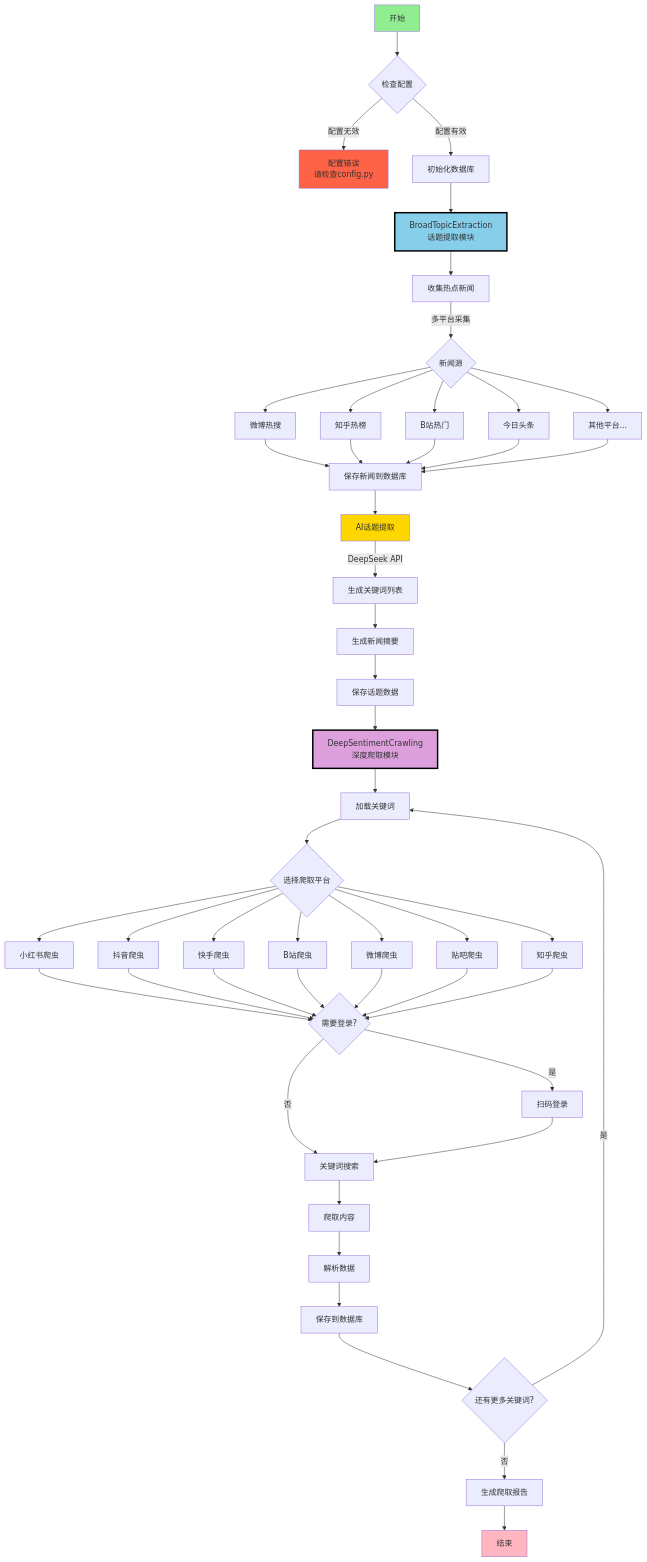
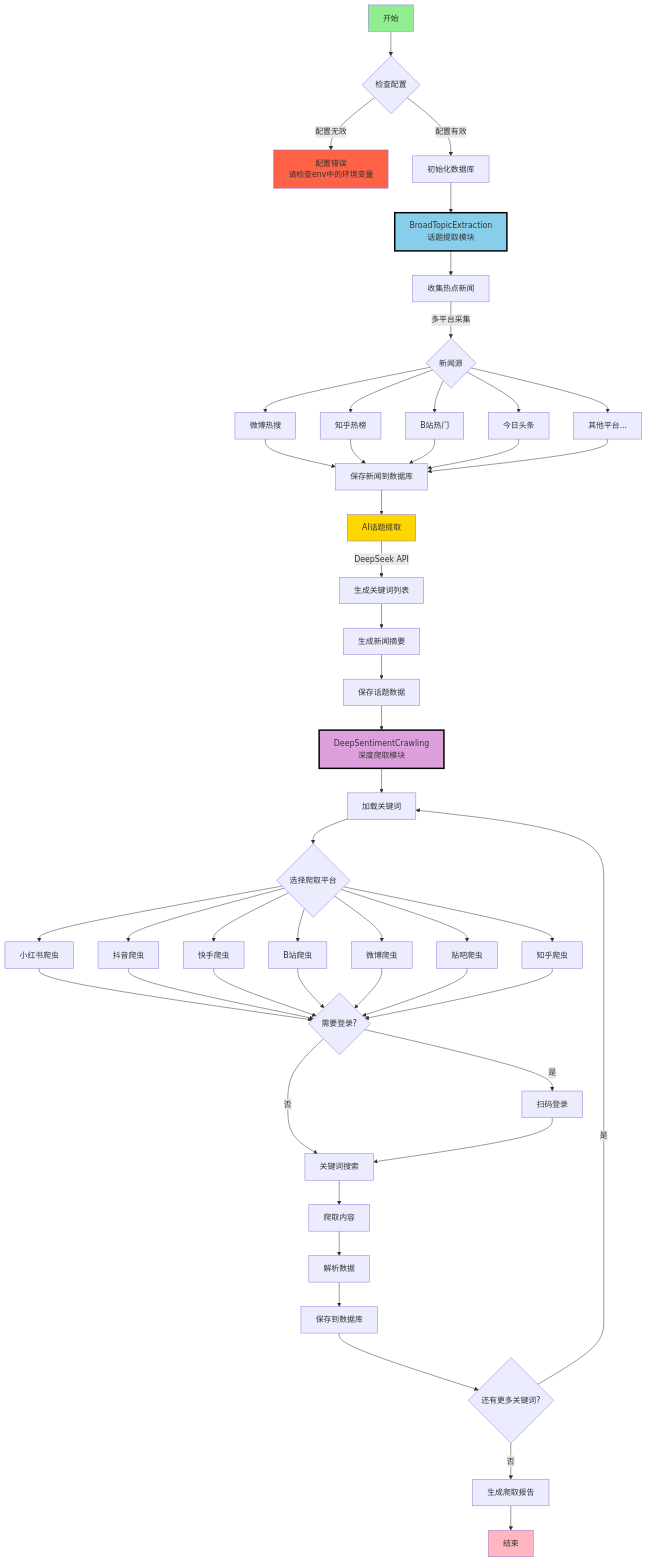
Before and after one commit to 666ghj/BettaFish: the diagram in MindSpider/README.md, drawn with Mermaid. The commit also changed 1 other file, not shown here.

Commit message:
修复文档问题

````diff
--- a/MindSpider/README.md
+++ b/MindSpider/README.md
@@ -84,69 +84,69 @@
 ```mermaid
 flowchart TB
     Start[开始] --> CheckConfig{检查配置}
-    CheckConfig -->|配置无效| ConfigError[配置错误<br/>请检查config.py]
+    CheckConfig -->|配置无效| ConfigError[配置错误<br/>请检查env中的环境变量]
     CheckConfig -->|配置有效| InitDB[初始化数据库]
     
     InitDB --> BroadTopic[BroadTopicExtraction<br/>话题提取模块]
     
     BroadTopic --> CollectNews[收集热点新闻]
     CollectNews --> |多平台采集| NewsSource{新闻源}
     NewsSource --> Weibo[微博热搜]
     NewsSource --> Zhihu[知乎热榜]
     NewsSource --> Bilibili[B站热门]
     NewsSource --> Toutiao[今日头条]
     NewsSource --> Other[其他平台...]
     
     Weibo --> SaveNews[保存新闻到数据库]
     Zhihu --> SaveNews
     Bilibili --> SaveNews
     Toutiao --> SaveNews
     Other --> SaveNews
     
     SaveNews --> ExtractTopic[AI话题提取]
     ExtractTopic --> |DeepSeek API| GenerateKeywords[生成关键词列表]
     GenerateKeywords --> GenerateSummary[生成新闻摘要]
     GenerateSummary --> SaveTopics[保存话题数据]
     
     SaveTopics --> DeepCrawl[DeepSentimentCrawling<br/>深度爬取模块]
     
     DeepCrawl --> LoadKeywords[加载关键词]
     LoadKeywords --> PlatformSelect{选择爬取平台}
     
     PlatformSelect --> XHS[小红书爬虫]
     PlatformSelect --> DY[抖音爬虫]
     PlatformSelect --> KS[快手爬虫]
     PlatformSelect --> BILI[B站爬虫]
     PlatformSelect --> WB[微博爬虫]
     PlatformSelect --> TB[贴吧爬虫]
     PlatformSelect --> ZH[知乎爬虫]
     
     XHS --> Login{需要登录?}
     DY --> Login
     KS --> Login
     BILI --> Login
     WB --> Login
     TB --> Login
     ZH --> Login
     
     Login -->|是| QRCode[扫码登录]
     Login -->|否| Search[关键词搜索]
     QRCode --> Search
     
     Search --> CrawlContent[爬取内容]
     CrawlContent --> ParseData[解析数据]
     ParseData --> SaveContent[保存到数据库]
     
     SaveContent --> MoreKeywords{还有更多关键词?}
     MoreKeywords -->|是| LoadKeywords
     MoreKeywords -->|否| GenerateReport[生成爬取报告]
     
     GenerateReport --> End[结束]
     
     style Start fill:#90EE90
     style End fill:#FFB6C1
     style BroadTopic fill:#87CEEB,stroke:#000,stroke-width:3px
     style DeepCrawl fill:#DDA0DD,stroke:#000,stroke-width:3px
     style ExtractTopic fill:#FFD700
     style ConfigError fill:#FF6347
 ```
````
